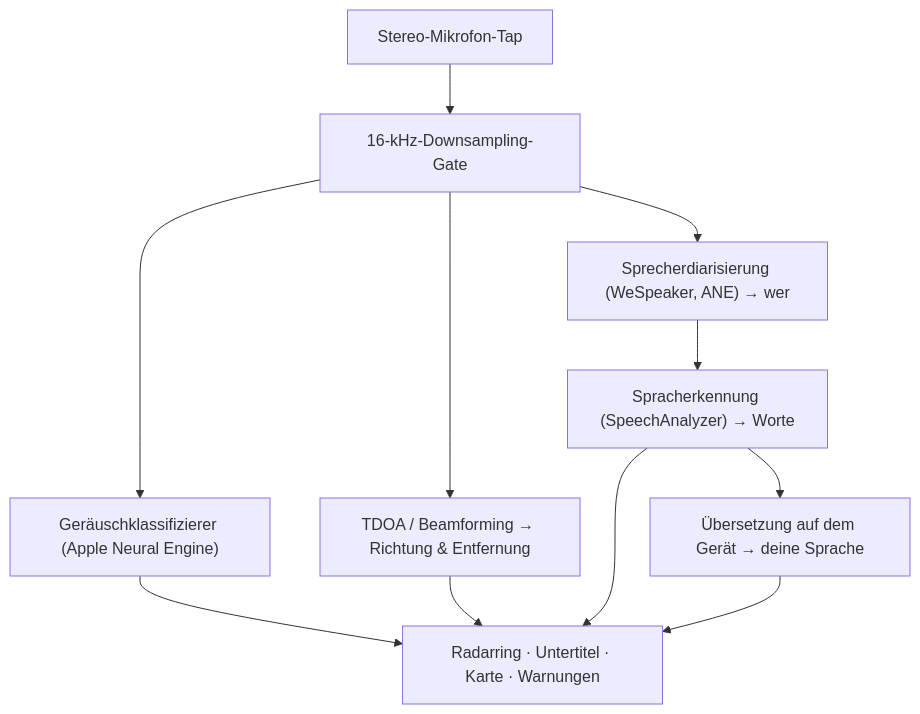
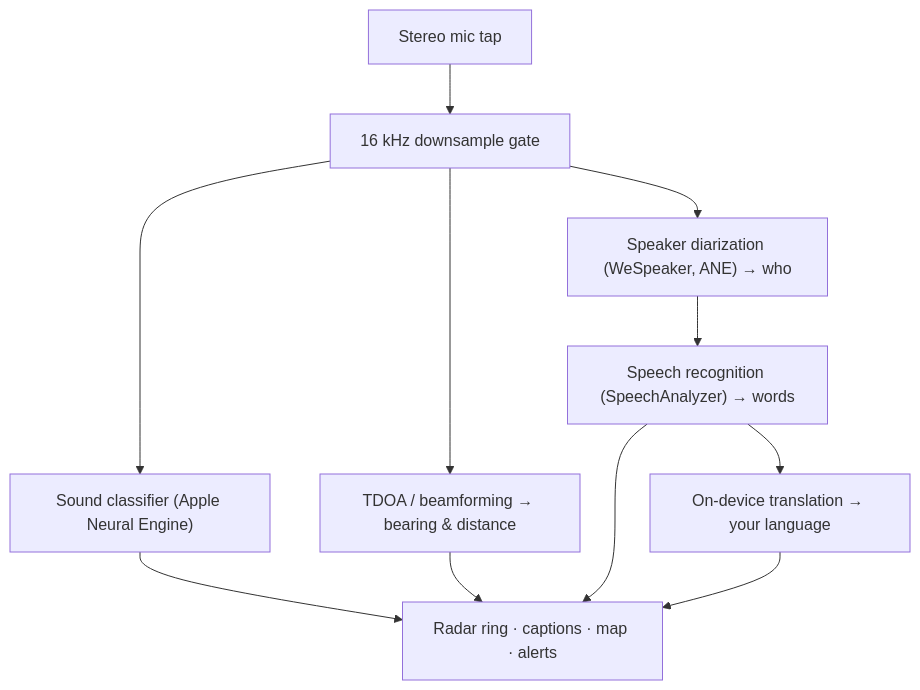
The diagram in README_de.md (rpalm01-star/VigilantEarLegal), drawn with Mermaid before and after one commit. The commit also changed other lines of this file and 27 other files, not shown here.

````diff
--- a/README_de.md
+++ b/README_de.md
@@ -73,10 +73,10 @@
 ```mermaid
 graph TD
-    A["Stereo-Mikrofon-Tap"] --> B["16-kHz-Downsampling-Gate"]
-    B --> C["Geräuschklassifizierer (Apple Neural Engine)"]
-    B --> D["TDOA / Beamforming → Richtung & Entfernung"]
-    B --> E["Sprecherdiarisierung (WeSpeaker, ANE) → wer"]
-    E --> F["Spracherkennung (SpeechAnalyzer) → Worte"]
-    F --> G["Übersetzung auf dem Gerät → deine Sprache"]
-    C & D & F & G --> H["Radarring · Untertitel · Karte · Warnungen"]
+    A["Stereo mic tap"] --> B["16 kHz downsample gate"]
+    B --> C["Sound classifier (Apple Neural Engine)"]
+    B --> D["TDOA / beamforming → bearing & distance"]
+    B --> E["Speaker diarization (WeSpeaker, ANE) → who"]
+    E --> F["Speech recognition (SpeechAnalyzer) → words"]
+    F --> G["On-device translation → your language"]
+    C & D & F & G --> H["Radar ring · captions · map · alerts"]
 ```
````
